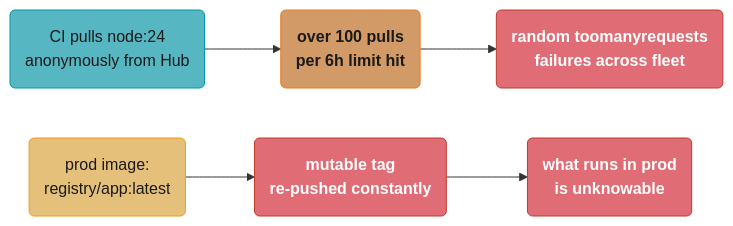
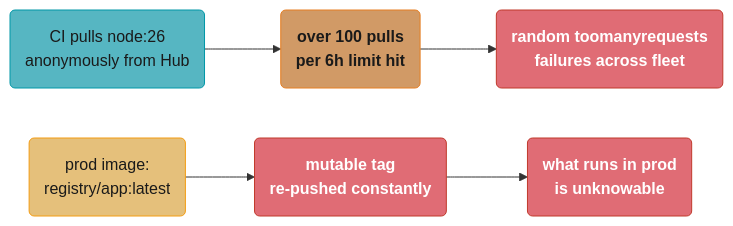
The fourth of 4 diagrams in src/main/java/com/rutik/systemdesign/devops/artifact_and_registry_management/artifact_and_registry_management.md (rppol/system-design), drawn with Mermaid before and after one commit. The commit also changed other lines of this file and 63 other files, not shown here.

````diff
--- a/src/main/java/com/rutik/systemdesign/devops/artifact_and_registry_management/artifact_and_registry_management.md
+++ b/src/main/java/com/rutik/systemdesign/devops/artifact_and_registry_management/artifact_and_registry_management.md
@@ -380,20 +382,20 @@
 ```mermaid
 flowchart LR
     classDef io      fill:#61afef,stroke:#2e86c1,color:#1a1a1a,font-weight:bold
     classDef frozen  fill:#c678dd,stroke:#9b59b6,color:#fff
     classDef train   fill:#98c379,stroke:#27ae60,color:#1a1a1a
     classDef mathOp  fill:#d19a66,stroke:#e67e22,color:#1a1a1a,font-weight:bold
     classDef lossN   fill:#e06c75,stroke:#c0392b,color:#fff,font-weight:bold
     classDef req     fill:#56b6c2,stroke:#0097a7,color:#1a1a1a
     classDef base    fill:#e5c07b,stroke:#f39c12,color:#1a1a1a
 
-    A(CI pulls node:24<br/>anonymously from Hub) --> B(over 100 pulls<br/>per 6h limit hit)
+    A(CI pulls node:26<br/>anonymously from Hub) --> B(over 100 pulls<br/>per 6h limit hit)
     B --> C(random toomanyrequests<br/>failures across fleet)
     D(prod image:<br/>registry/app:latest) --> E(mutable tag<br/>re-pushed constantly)
     E --> F(what runs in prod<br/>is unknowable)
 
     class A req
     class B mathOp
     class D base
     class C,E,F lossN
 ```
````
